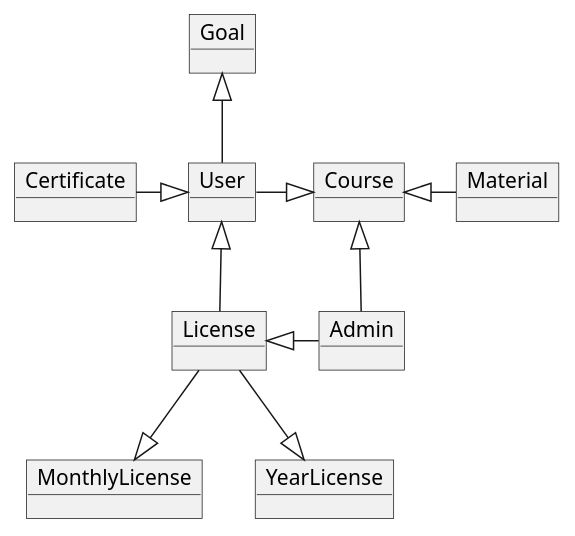
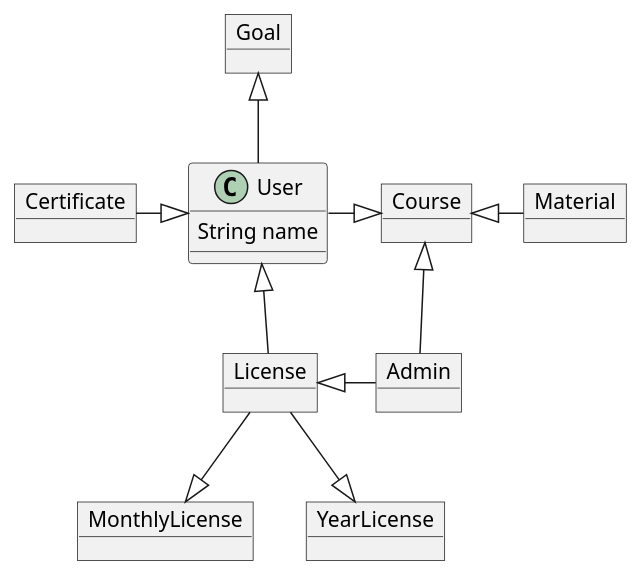
The diagram in src/DomæneModellering.puml (Rene061089/PlatumlDomeaneModdelering), drawn with PlantUML before and after one commit. The commit also changed 1 other file, not shown here.

```diff
--- a/src/DomæneModellering.puml
+++ b/src/DomæneModellering.puml
@@ -1,29 +1,30 @@
 @startuml
+class User{
+String name
+}
 
-
-object User
 object Goal
 object Admin
 object MonthlyLicense
 object YearLicense
 object Course
 object Certificate
 object Material
 object License
 
 
 Goal <|-down-User
 User <|-down-License
 User <|-left-Certificate
 Course <|-left-User
 
 
 License -down-|> MonthlyLicense
 License -down-|>  YearLicense
 
 Course <|-right- Material
 
 License <|-right- Admin
 Course <|-down- Admin
 
 @enduml
```
